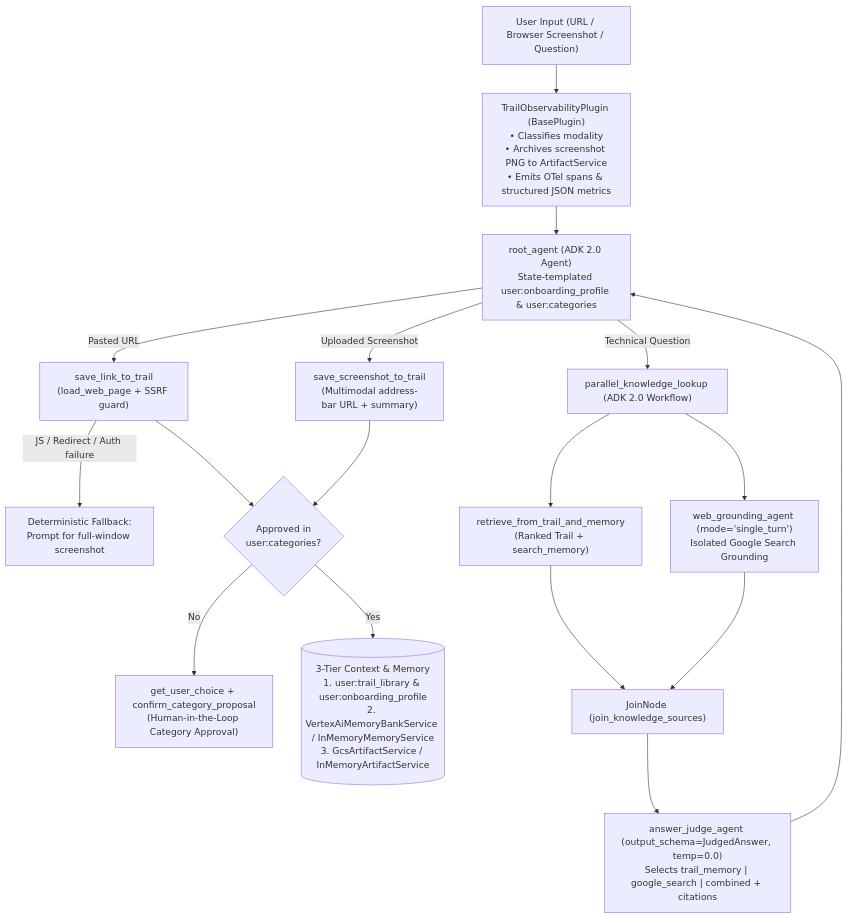
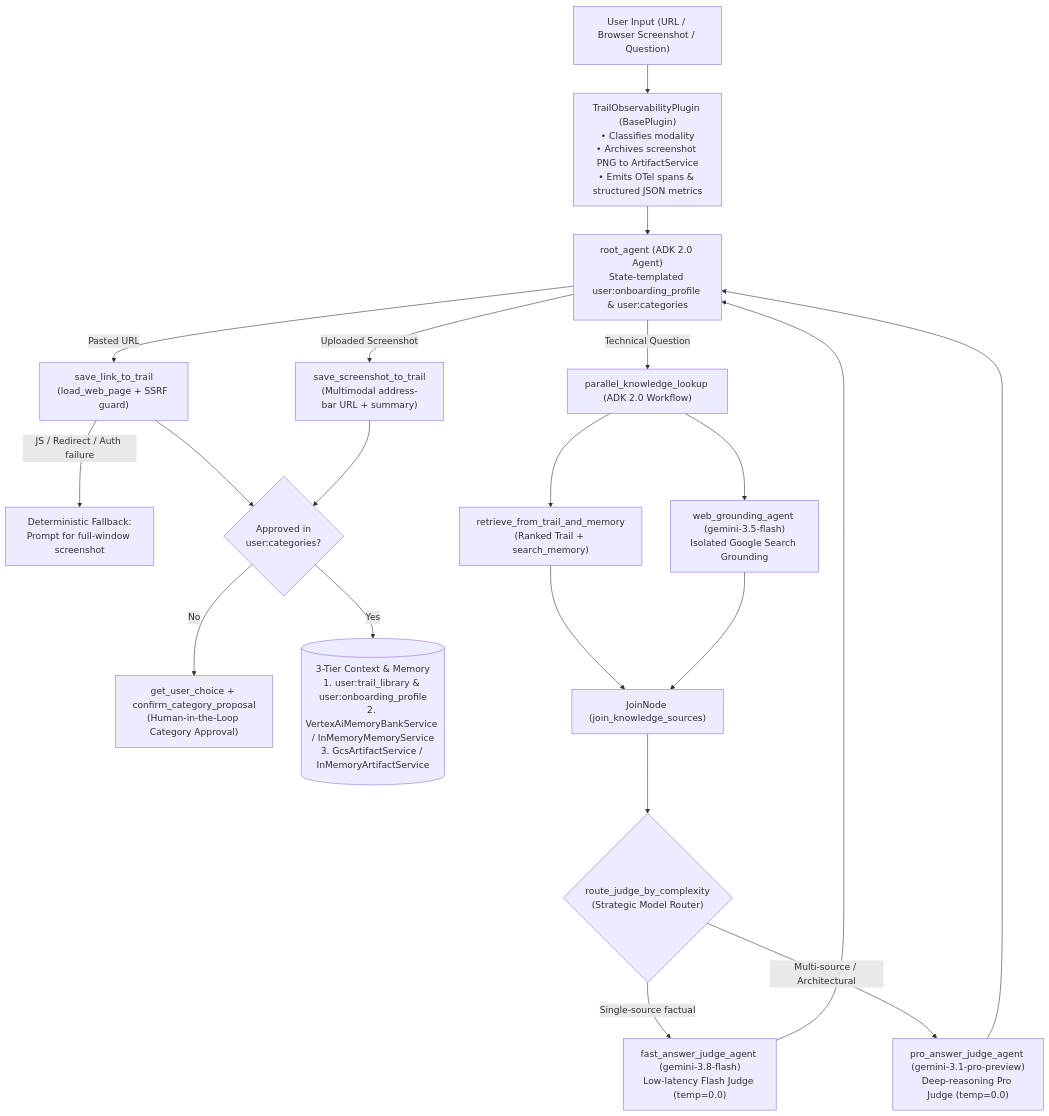
The diagram in README.md (webbytes/sample-adk-agent), drawn with Mermaid before and after one commit. The commit also changed other lines of this file and 4 other files, not shown here.

Commit message:
Add 3-tier strategic model routing and complexity-routed Flash/Pro judge

````diff
--- a/README.md
+++ b/README.md
@@ -15,22 +15,25 @@
 ```mermaid
 flowchart TD
     User["User Input (URL / Browser Screenshot / Question)"] --> Plugin["TrailObservabilityPlugin (BasePlugin)\n• Classifies modality\n• Archives screenshot PNG to ArtifactService\n• Emits OTel spans & structured JSON metrics"]
     Plugin --> Root["root_agent (ADK 2.0 Agent)\nState-templated user:onboarding_profile & user:categories"]
 
     Root -->|"Pasted URL"| SaveLink["save_link_to_trail\n(load_web_page + SSRF guard)"]
     SaveLink -->|"JS / Redirect / Auth failure"| Fallback["Deterministic Fallback:\nPrompt for full-window screenshot"]
     Root -->|"Uploaded Screenshot"| SaveShot["save_screenshot_to_trail\n(Multimodal address-bar URL + summary)"]
 
     SaveLink --> CatCheck{"Approved in\nuser:categories?"}
     SaveShot --> CatCheck
     CatCheck -->|"No"| HITL["get_user_choice + confirm_category_proposal\n(Human-in-the-Loop Category Approval)"]
     CatCheck -->|"Yes"| StateStore[("3-Tier Context & Memory\n1. user:trail_library & user:onboarding_profile\n2. VertexAiMemoryBankService / InMemoryMemoryService\n3. GcsArtifactService / InMemoryArtifactService")]
 
     Root -->|"Technical Question"| WF["parallel_knowledge_lookup (ADK 2.0 Workflow)"]
     WF --> BranchA["retrieve_from_trail_and_memory\n(Ranked Trail + search_memory)"]
-    WF --> BranchB["web_grounding_agent (mode='single_turn')\nIsolated Google Search Grounding"]
+    WF --> BranchB["web_grounding_agent (gemini-3.5-flash)\nIsolated Google Search Grounding"]
     BranchA --> Join["JoinNode (join_knowledge_sources)"]
     BranchB --> Join
-    Join --> Judge["answer_judge_agent (output_schema=JudgedAnswer, temp=0.0)\nSelects trail_memory | google_search | combined + citations"]
-    Judge --> Root
+    Join --> Router{"route_judge_by_complexity\n(Strategic Model Router)"}
+    Router -->|"Single-source factual"| FastJudge["fast_answer_judge_agent (gemini-3.8-flash)\nLow-latency Flash Judge (temp=0.0)"]
+    Router -->|"Multi-source / Architectural"| ProJudge["pro_answer_judge_agent (gemini-3.1-pro-preview)\nDeep-reasoning Pro Judge (temp=0.0)"]
+    FastJudge --> Root
+    ProJudge --> Root
 ```
````
